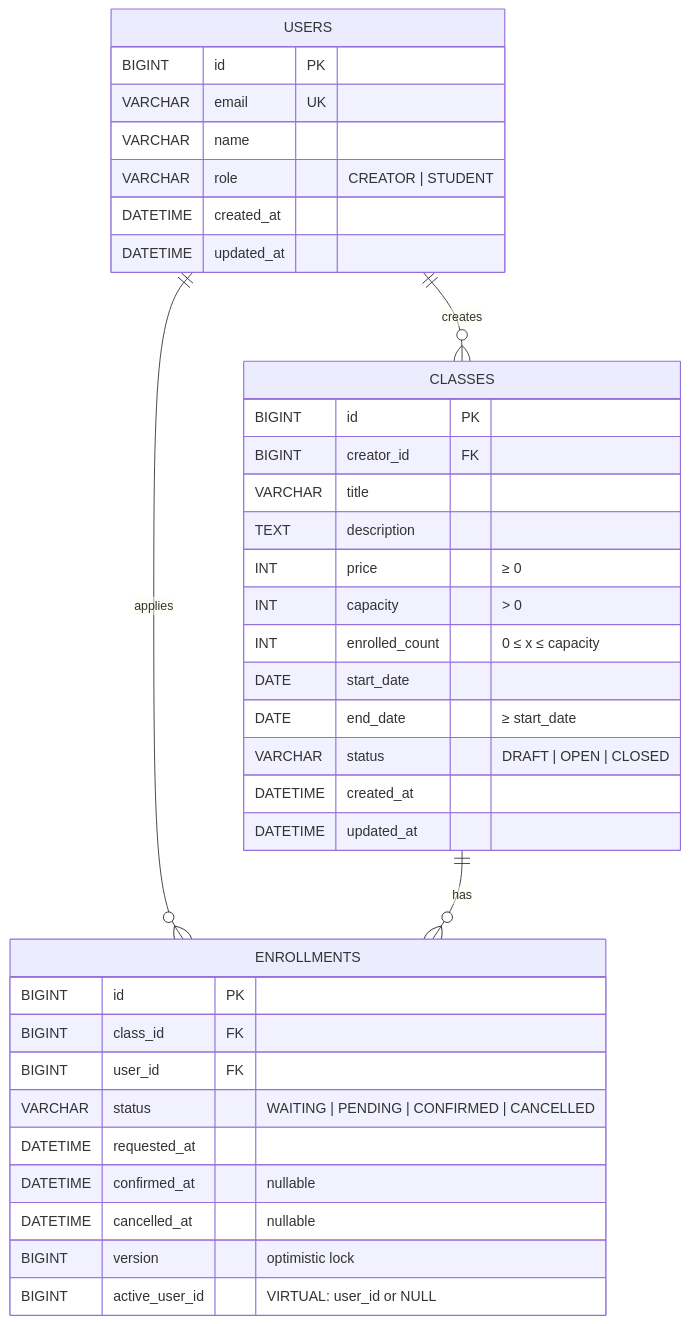
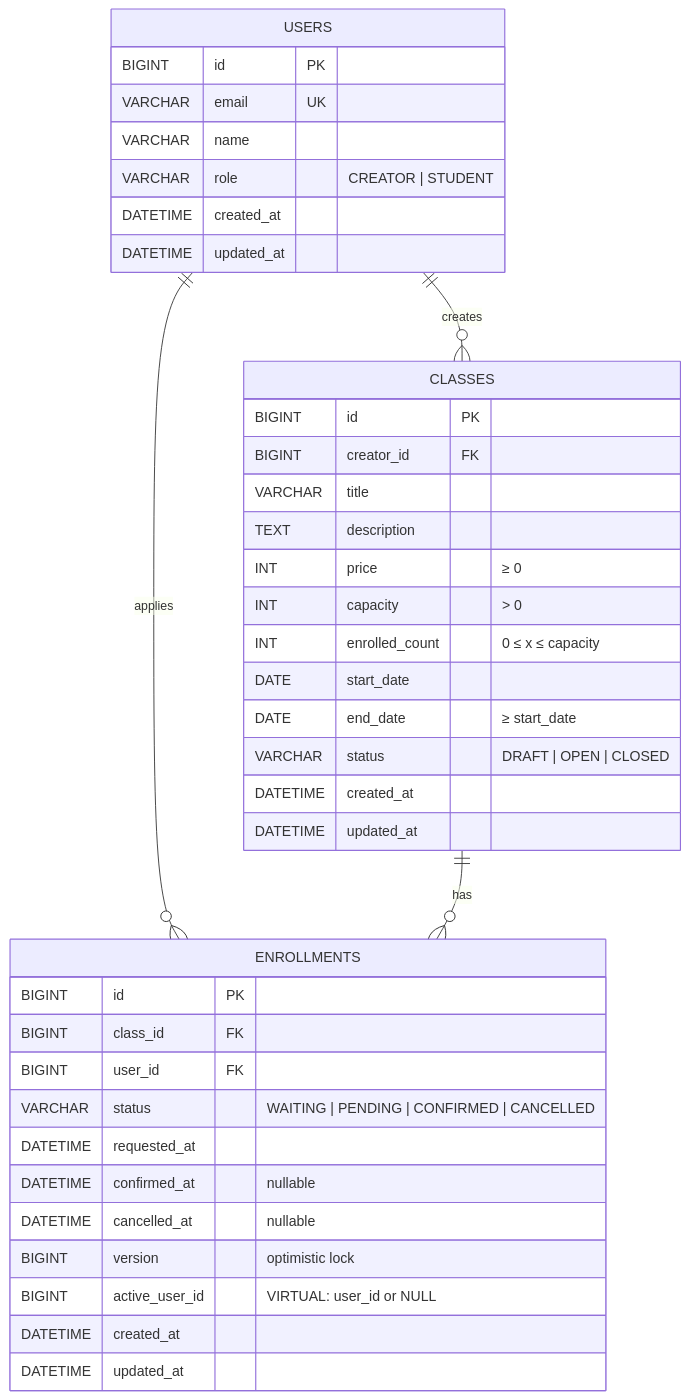
The first of 2 diagrams in README.md (Heyaaz/test-be-a), drawn with Mermaid before and after one commit. The commit also changed other lines of this file, not shown here.

Commit message:
docs: README 중복 내용 제거 및 ERD 누락 필드 추가

````diff
--- a/README.md
+++ b/README.md
@@ -299,42 +300,44 @@
 ```mermaid
  erDiagram
     USERS ||--o{ CLASSES : "creates"
     USERS ||--o{ ENROLLMENTS : "applies"
     CLASSES ||--o{ ENROLLMENTS : "has"
 
     USERS {
         BIGINT id PK
         VARCHAR email UK
         VARCHAR name
         VARCHAR role "CREATOR | STUDENT"
         DATETIME created_at
         DATETIME updated_at
     }
 
     CLASSES {
         BIGINT id PK
         BIGINT creator_id FK
         VARCHAR title
         TEXT description
         INT price "≥ 0"
         INT capacity "> 0"
         INT enrolled_count "0 ≤ x ≤ capacity"
         DATE start_date
         DATE end_date "≥ start_date"
         VARCHAR status "DRAFT | OPEN | CLOSED"
         DATETIME created_at
         DATETIME updated_at
     }
 
     ENROLLMENTS {
         BIGINT id PK
         BIGINT class_id FK
         BIGINT user_id FK
         VARCHAR status "WAITING | PENDING | CONFIRMED | CANCELLED"
         DATETIME requested_at
         DATETIME confirmed_at "nullable"
         DATETIME cancelled_at "nullable"
         BIGINT version "optimistic lock"
         BIGINT active_user_id "VIRTUAL: user_id or NULL"
+        DATETIME created_at
+        DATETIME updated_at
     }
 ```
````
